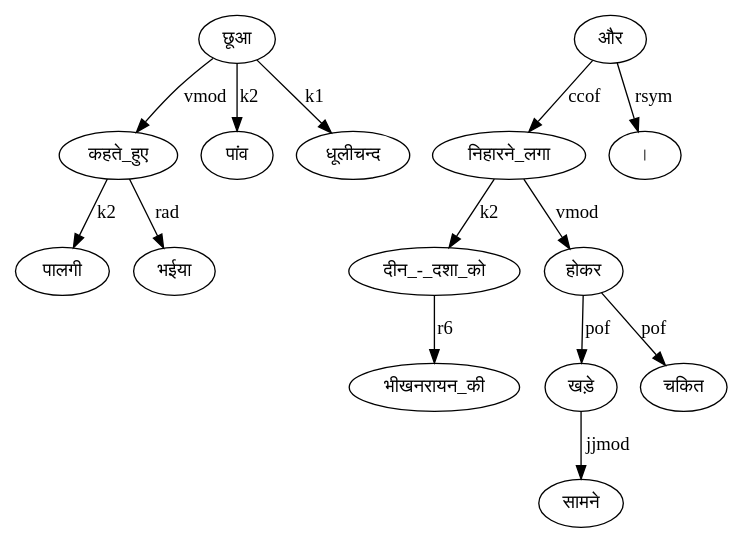
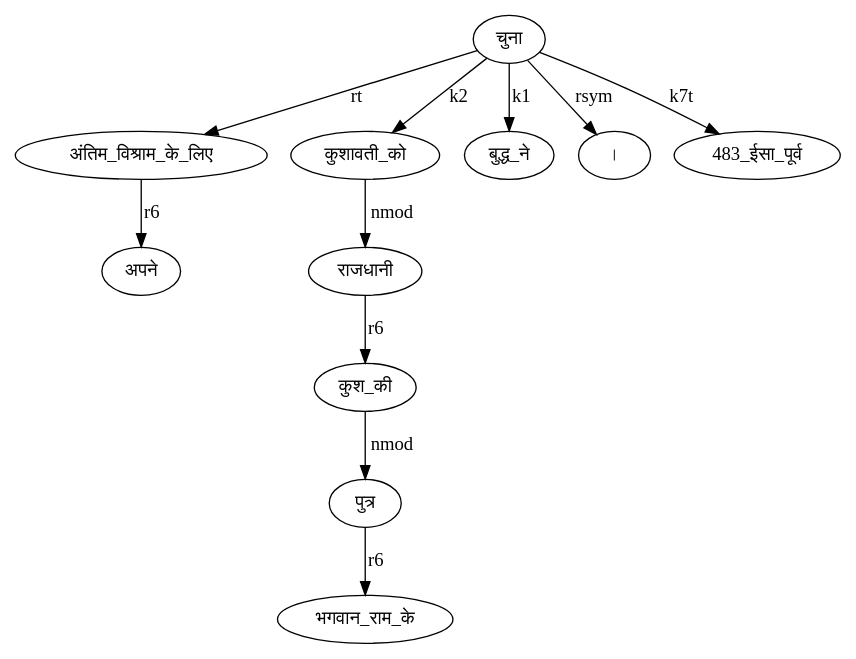
The diagram in static/test.dot (neshkatrapati/construction_annotator), drawn with Graphviz before and after one commit. The commit also changed 40 other files, not shown here.

```diff
--- a/static/test.dot
+++ b/static/test.dot
@@ -1,15 +1,12 @@
 digraph {
-	"कहते_हुए" -> "पालगी"[label="k2"];
-	"कहते_हुए" -> "भईया"[label="rad"];
-	"छूआ" -> "पांव"[label="k2"];
-	"छूआ" -> "धूलीचन्द"[label="k1"];
-	"छूआ" -> "कहते_हुए"[label="vmod"];
-	"निहारने_लगा" -> "दीन_-_दशा_को"[label="k2"];
-	"निहारने_लगा" -> "होकर"[label="vmod"];
-	"और" -> "निहारने_लगा"[label="ccof"];
-	"और" -> "।"[label="rsym"];
-	"होकर" -> "खड़े"[label="pof"];
-	"होकर" -> "चकित"[label="pof"];
-	"दीन_-_दशा_को" -> "भीखनरायन_की"[label="r6"];
-	"खड़े" -> "सामने"[label="jjmod"];
+	"अंतिम_विश्राम_के_लिए" -> "अपने"[label="r6"];
+	"चुना" -> "अंतिम_विश्राम_के_लिए"[label="rt"];
+	"चुना" -> "कुशावती_को"[label="k2"];
+	"चुना" -> "बुद्ध_ने"[label="k1"];
+	"चुना" -> "।"[label="rsym"];
+	"चुना" -> "483_ईसा_पूर्व"[label="k7t"];
+	"राजधानी" -> "कुश_की"[label="r6"];
+	"कुश_की" -> "पुत्र"[label="nmod"];
+	"कुशावती_को" -> "राजधानी"[label="nmod"];
+	"पुत्र" -> "भगवान_राम_के"[label="r6"];
 }
```
